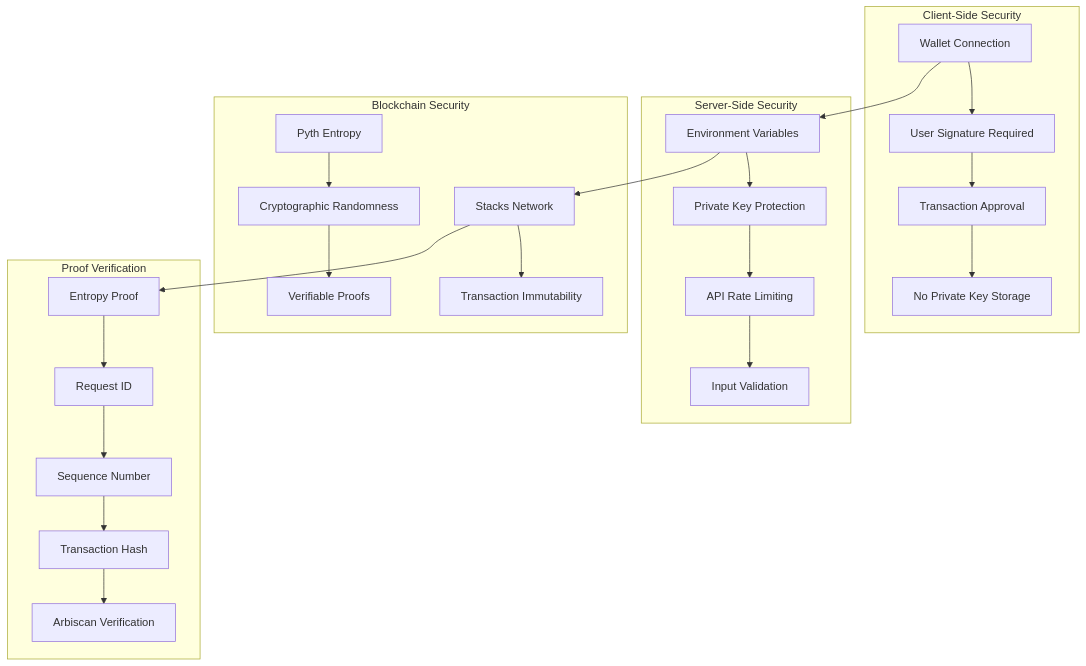
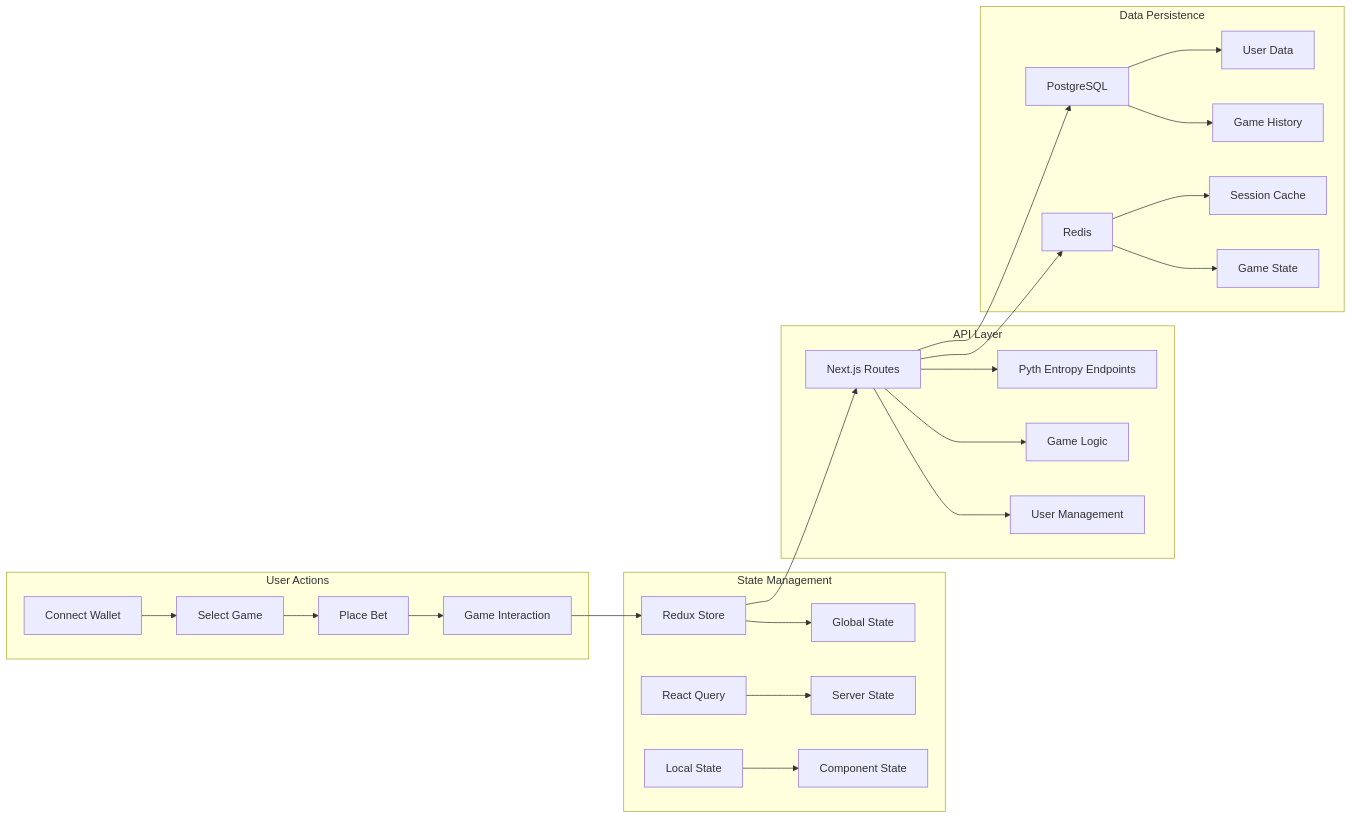
Before and after one commit to AmaanSayyad/APT-Casino-Linera: diagram 13 of 21 in MERMAID_DIAGRAMS.md, drawn with Mermaid. The commit also changed other lines of this file and 48 other files, not shown here.

````diff
--- a/MERMAID_DIAGRAMS.md
+++ b/MERMAID_DIAGRAMS.md
@@ -241,31 +417,32 @@
 ```mermaid
-graph TB
-    subgraph ClientSide["Client-Side Security"]
-        A[Wallet Connection] --> B[User Signature Required]
-        B --> C[Transaction Approval]
-        C --> D[No Private Key Storage]
+graph LR
+    subgraph Actions["User Actions"]
+        A[Connect Wallet] --> B[Select Game]
+        B --> C[Place Bet]
+        C --> D[Game Interaction]
     end
     
-    subgraph ServerSide["Server-Side Security"]
-        E[Environment Variables] --> F[Private Key Protection]
-        F --> G[API Rate Limiting]
-        G --> H[Input Validation]
+    subgraph State["State Management"]
+        E[Redux Store] --> F[Global State]
+        G[React Query] --> H[Server State]
+        I[Local State] --> J[Component State]
     end
     
-    subgraph Blockchain["Blockchain Security"]
-        I[Stacks Network] --> J[Transaction Immutability]
-        K[Pyth Entropy] --> L[Cryptographic Randomness]
-        L --> M[Verifiable Proofs]
+    subgraph API["API Layer"]
+        K[Next.js Routes] --> L[Pyth Entropy Endpoints]
+        K --> M[Game Logic]
+        K --> N[User Management]
     end
     
-    subgraph Verification["Proof Verification"]
-        N[Entropy Proof] --> O[Request ID]
-        O --> P[Sequence Number]
-        P --> Q[Transaction Hash]
-        Q --> R[Arbiscan Verification]
+    subgraph Persistence["Data Persistence"]
+        O[PostgreSQL] --> P[User Data]
+        O --> Q[Game History]
+        R[Redis] --> S[Session Cache]
+        R --> T[Game State]
     end
     
-    A --> E
-    E --> I
-    I --> N
+    D --> E
+    E --> K
+    K --> O
+    K --> R
 ```
````
